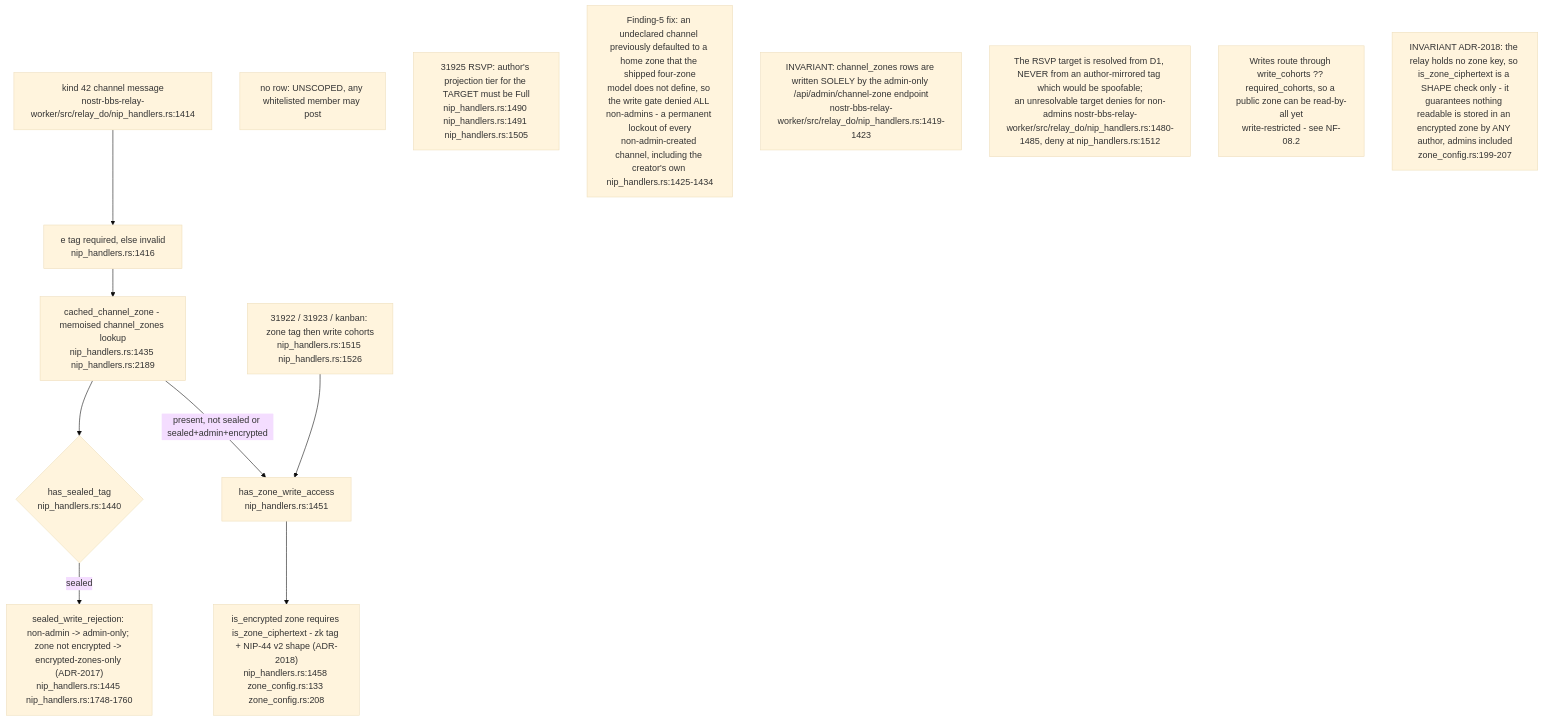
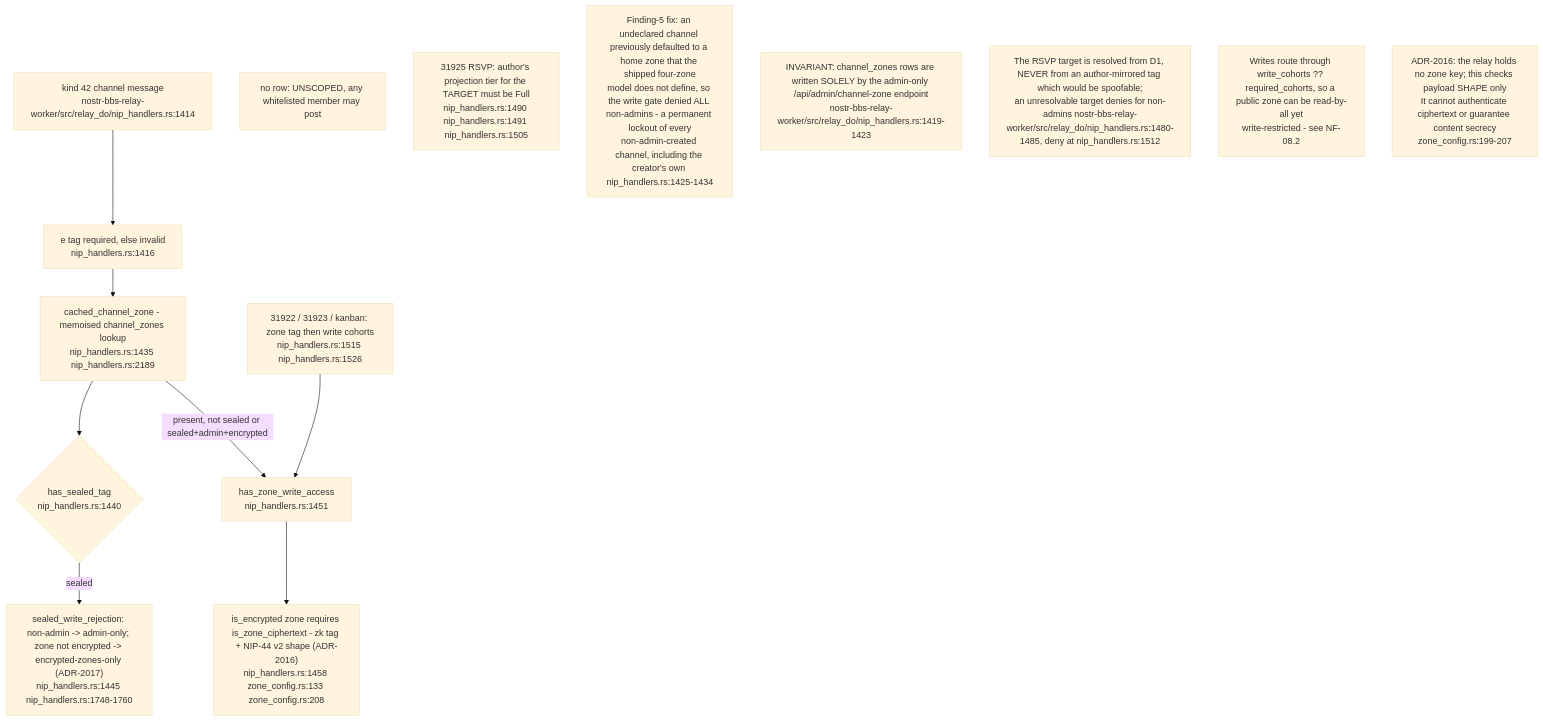
Before and after one commit to DreamLab-AI/VisionFlow: diagram 12 of 14 in docs/diagrams/nostr-rust-forum/03-relay-worker-admission-auth-and-trust.md, drawn with Mermaid (base theme). The commit also changed other lines of this file and 44 other files, not shown here.

````diff
--- a/docs/diagrams/nostr-rust-forum/03-relay-worker-admission-auth-and-trust.md
+++ b/docs/diagrams/nostr-rust-forum/03-relay-worker-admission-auth-and-trust.md
@@ -351,26 +352,26 @@
 ```mermaid
 flowchart TB
     K42["kind 42 channel message<br/>nostr-bbs-relay-worker/src/relay_do/nip_handlers.rs:1414"]
     ETAG["e tag required, else invalid<br/>nip_handlers.rs:1416"]
     CZ["cached_channel_zone - memoised channel_zones lookup<br/>nip_handlers.rs:1435 nip_handlers.rs:2189"]
     SEALED{"has_sealed_tag<br/>nip_handlers.rs:1440"}
     SREJ["sealed_write_rejection: non-admin -> admin-only; zone not encrypted -> encrypted-zones-only (ADR-2017)<br/>nip_handlers.rs:1445 nip_handlers.rs:1748-1760"]
     UNSCOPED["no row: UNSCOPED, any whitelisted member may post"]
     WGATE["has_zone_write_access<br/>nip_handlers.rs:1451"]
-    CIPHER["is_encrypted zone requires is_zone_ciphertext - zk tag + NIP-44 v2 shape (ADR-2018)<br/>nip_handlers.rs:1458 zone_config.rs:133 zone_config.rs:208"]
+    CIPHER["is_encrypted zone requires is_zone_ciphertext - zk tag + NIP-44 v2 shape (ADR-2016)<br/>nip_handlers.rs:1458 zone_config.rs:133 zone_config.rs:208"]
     CAL["31922 / 31923 / kanban: zone tag then write cohorts<br/>nip_handlers.rs:1515 nip_handlers.rs:1526"]
     RSVP["31925 RSVP: author's projection tier for the TARGET must be Full<br/>nip_handlers.rs:1490 nip_handlers.rs:1491 nip_handlers.rs:1505"]
 
     K42 --> ETAG --> CZ
     CZ --> SEALED
     SEALED -->|"sealed"| SREJ
     CZ -->|"present, not sealed or sealed+admin+encrypted"| WGATE
     WGATE --> CIPHER
     CAL --> WGATE
 
     N1["Finding-5 fix: an undeclared channel previously defaulted to a home zone that the shipped four-zone<br/>model does not define, so the write gate denied ALL non-admins - a permanent lockout of every<br/>non-admin-created channel, including the creator's own nip_handlers.rs:1425-1434"]
     N2["INVARIANT: channel_zones rows are written SOLELY by the admin-only /api/admin/channel-zone endpoint<br/>nostr-bbs-relay-worker/src/relay_do/nip_handlers.rs:1419-1423"]
     N3["The RSVP target is resolved from D1, NEVER from an author-mirrored tag which would be spoofable;<br/>an unresolvable target denies for non-admins nostr-bbs-relay-worker/src/relay_do/nip_handlers.rs:1480-1485, deny at nip_handlers.rs:1512"]
     N4["Writes route through write_cohorts ?? required_cohorts, so a public zone can be read-by-all yet<br/>write-restricted - see NF-08.2"]
-    N5["INVARIANT ADR-2018: the relay holds no zone key, so is_zone_ciphertext is a SHAPE check only - it<br/>guarantees nothing readable is stored in an encrypted zone by ANY author, admins included<br/>zone_config.rs:199-207"]
+    N5["ADR-2016: the relay holds no zone key; this checks payload SHAPE only<br/>It cannot authenticate ciphertext or guarantee content secrecy<br/>zone_config.rs:199-207"]
 ```
````
